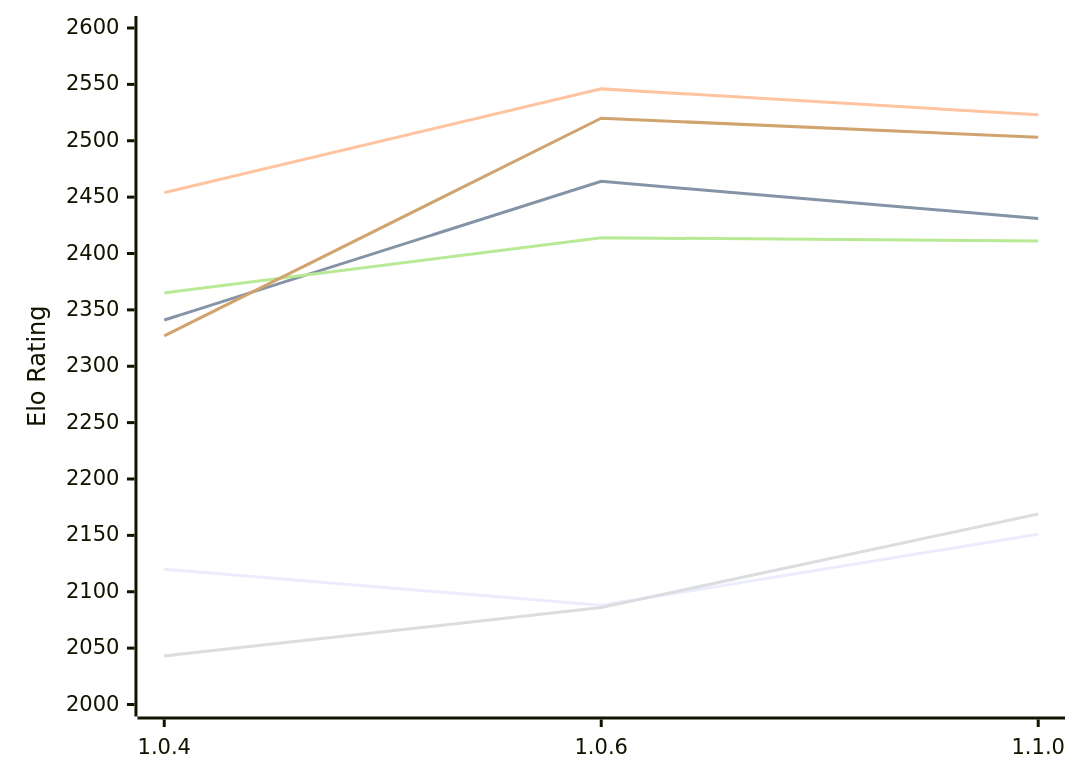
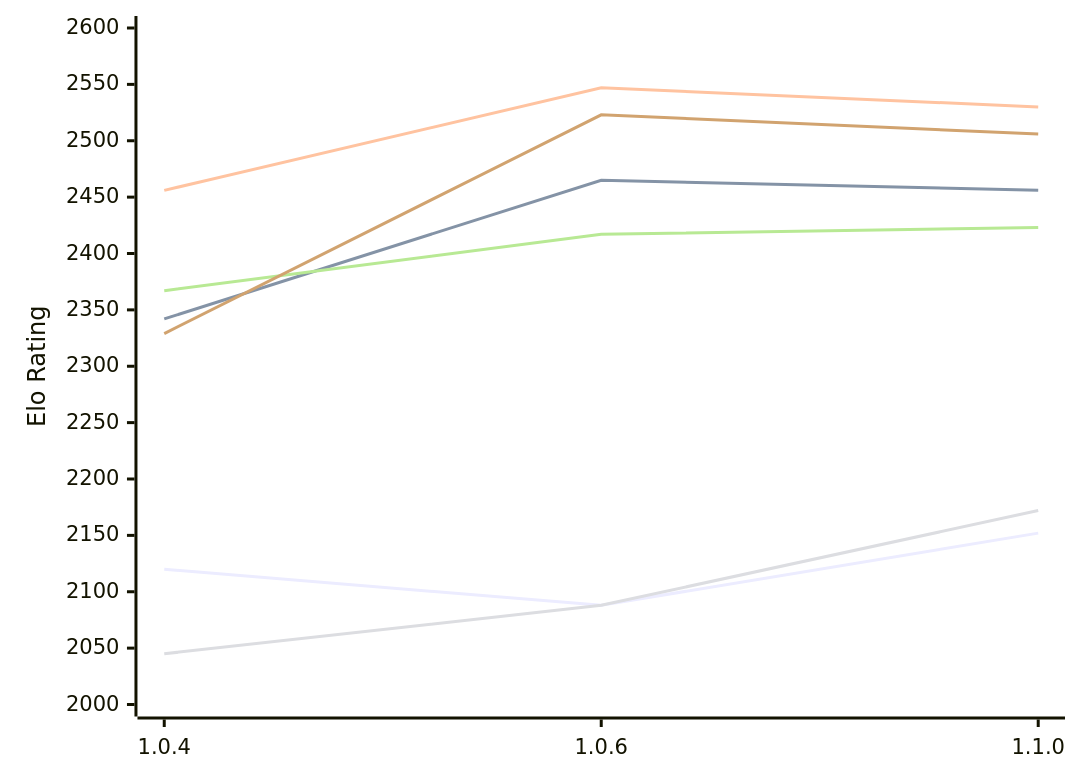
One commit to computer-chess-index/cci changed the diagram in engines/Ankax.md. Above: the diagram before and after it, drawn with Mermaid. The commit also changed other lines of this file, not shown here.

Commit message:
Update CCI Ratings (ELO VLTC) - 2026-11-24

````diff
--- a/engines/Ankax.md
+++ b/engines/Ankax.md
@@ -51,12 +51,12 @@
 ```mermaid
 %%{init: {"theme":"base","themeVariables":{"seriesColors:['#a3a3a3','#222221','#faa371']}}}%%
 xychart-beta
   x-axis ["1.0.4", "1.0.6", "1.1.0"]
   y-axis "Elo Rating" 2000 --> 2600
-  line "E1: STC (8.0+0.08s)" [2120, 2088, 2151]
-  line "E1: LTC (60.0+0.60s)" [2341, 2464, 2431]
-  line "E1: VLTC (2m24s+1.12s)" [2454, 2546, 2523]
-  line "P1: STC (8.0+0.08s)" [2043, 2086, 2169]
-  line "P1: LTC (60.0+0.60s)" [2365, 2414, 2411]
-  line "P1: VLTC (2m24s+1.12s)" [2327, 2520, 2503]
+  line "E1: STC (8.0+0.08s)" [2120, 2088, 2152]
+  line "E1: LTC (60.0+0.60s)" [2342, 2465, 2456]
+  line "E1: VLTC (2m24s+1.12s)" [2456, 2547, 2530]
+  line "P1: STC (8.0+0.08s)" [2045, 2088, 2172]
+  line "P1: LTC (60.0+0.60s)" [2367, 2417, 2423]
+  line "P1: VLTC (2m24s+1.12s)" [2329, 2523, 2506]
 ```
````
